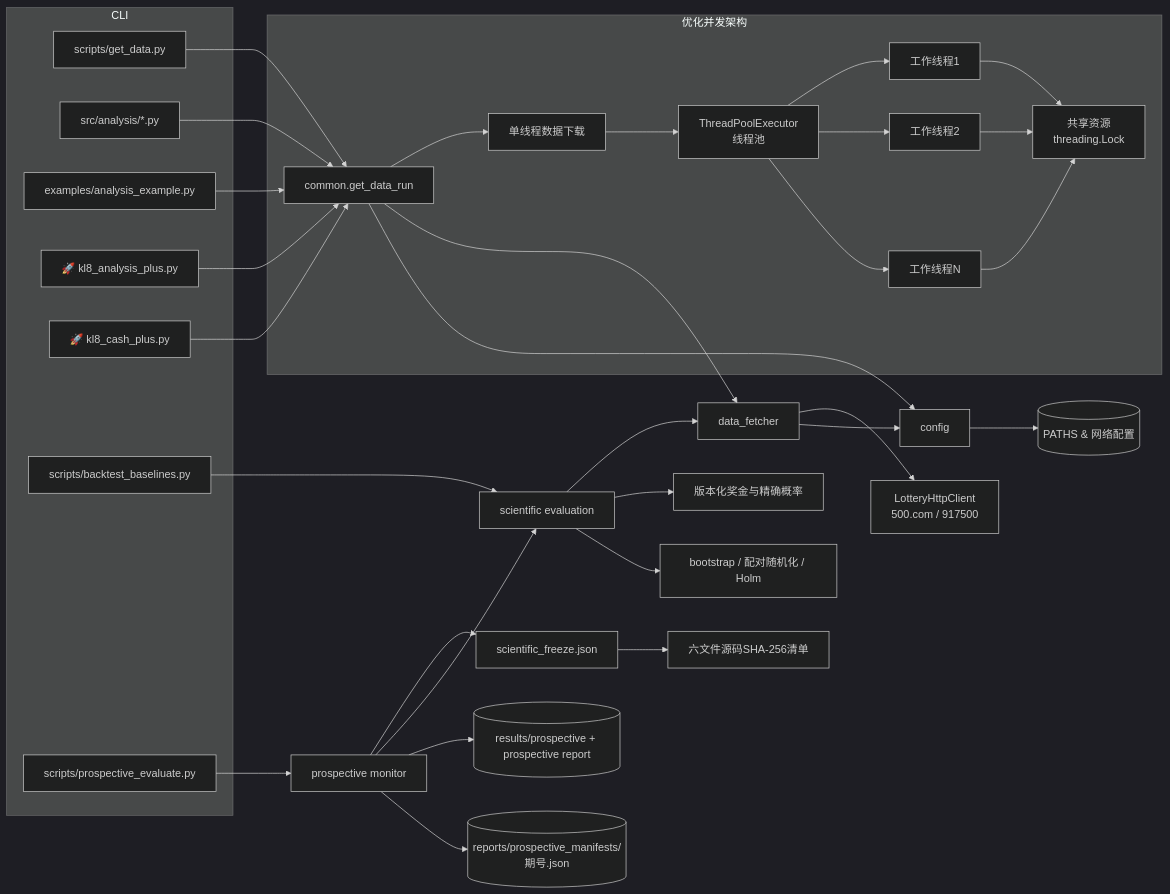
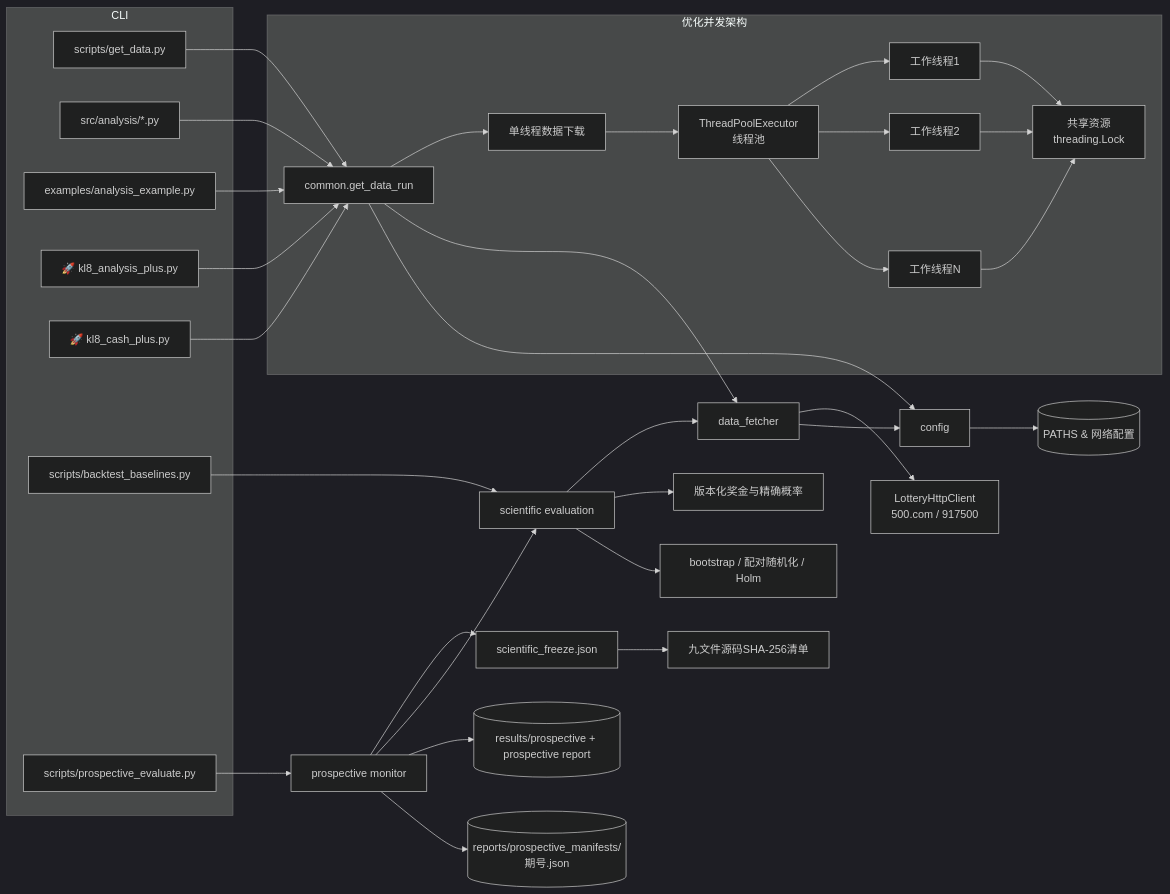
Before and after one commit to xznzz1/kl8-lottery-analyzer: the diagram in docs/architecture.md, drawn with Mermaid (dark theme). The commit also changed other lines of this file and 12 other files, not shown here.

````diff
--- a/docs/architecture.md
+++ b/docs/architecture.md
@@ -3,47 +3,47 @@
 ```mermaid
 flowchart LR
     subgraph CLI
         A[scripts/get_data.py]
         B[src/analysis/*.py]
         C[examples/analysis_example.py]
         D[🚀 kl8_analysis_plus.py]
         E[🚀 kl8_cash_plus.py]
         F[scripts/backtest_baselines.py]
         G[scripts/prospective_evaluate.py]
     end
 
     A --> COM[common.get_data_run]
     B --> COM
     C --> COM
     D --> COM
     E --> COM
     F --> SCI[scientific evaluation]
     G --> PRO[prospective monitor]
 
     subgraph "优化并发架构"
         COM --> DOWNLOAD[单线程数据下载]
         DOWNLOAD --> THREAD_POOL[ThreadPoolExecutor<br/>线程池]
         THREAD_POOL --> WORKER1[工作线程1]
         THREAD_POOL --> WORKER2[工作线程2]
         THREAD_POOL --> WORKERN[工作线程N]
         
         WORKER1 --> SHARED[共享资源<br/>threading.Lock]
         WORKER2 --> SHARED
         WORKERN --> SHARED
     end
 
     COM --> DF[data_fetcher]
     DF --> HTTP[LotteryHttpClient<br/>500.com / 917500]
     COM --> CFG[config]
     DF --> CFG
     SCI --> DF
     SCI --> PRIZE[版本化奖金与精确概率]
     SCI --> STATS[bootstrap / 配对随机化 / Holm]
     PRO --> FREEZE[scientific_freeze.json]
-    FREEZE --> SOURCE[六文件源码SHA-256清单]
+    FREEZE --> SOURCE[九文件源码SHA-256清单]
     PRO --> SCI
     PRO --> PROOUT[(results/prospective + prospective report)]
     PRO --> SEAL[(reports/prospective_manifests/期号.json)]
 
     CFG --> PATHS[(PATHS & 网络配置)]
 ```
````
